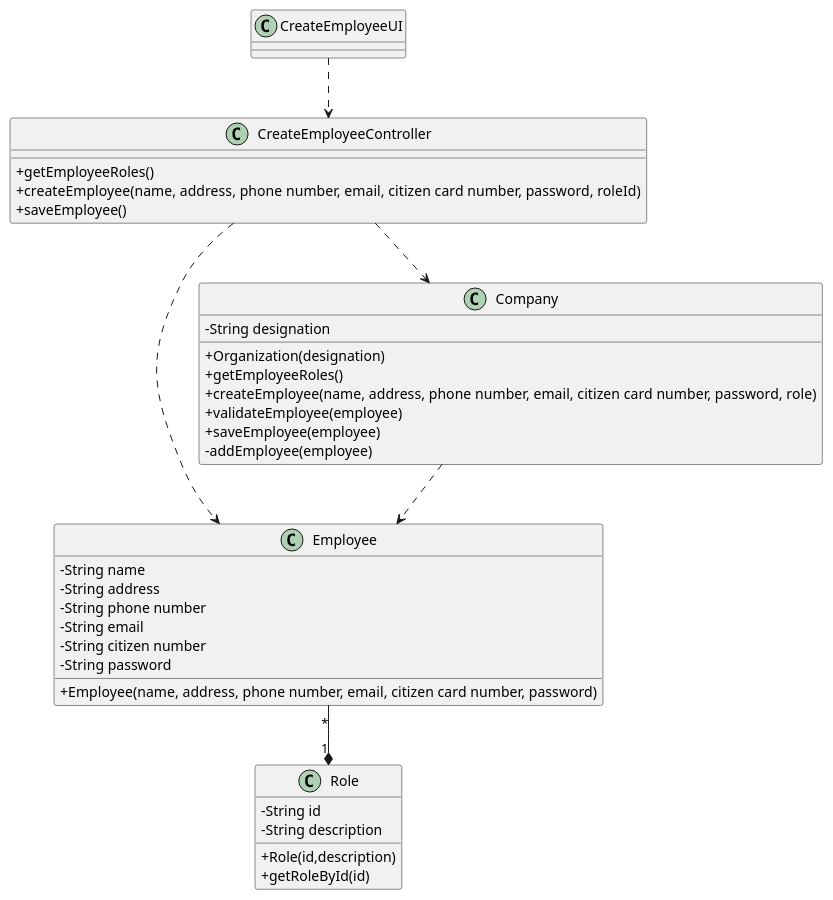
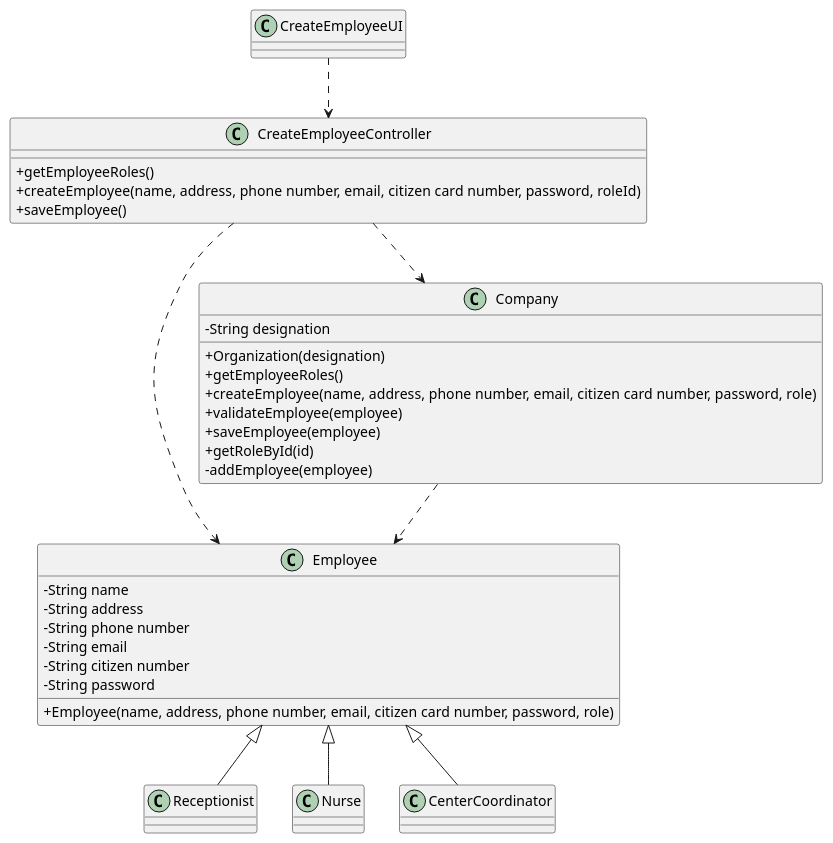
One commit to miseEnPlace-i/lapr2 changed the diagram in docs/SprintB/US10/CD/US10_CD.puml. Above: the diagram before and after it, drawn with PlantUML.

Commit message:
docs(us-10): updated cd: deleted role class

```diff
--- a/docs/SprintB/US10/CD/US10_CD.puml
+++ b/docs/SprintB/US10/CD/US10_CD.puml
@@ -1,46 +1,51 @@
 @startuml US10_CD
 skinparam classAttributeIconSize 0
 
 class Employee {
   -String name
   -String address
   -String phone number
   -String email
   -String citizen number
   -String password
-  +Employee(name, address, phone number, email, citizen card number, password)
+  +Employee(name, address, phone number, email, citizen card number, password, role)
 }
 
-class Role {
-  -String id
-  -String description
-  +Role(id,description)
-  +getRoleById(id)
+class Receptionist {  
+}
+
+class Nurse {
+}
+
+class CenterCoordinator {
 }
 
 class Company {
   -String designation
   +Organization(designation)
   +getEmployeeRoles()
   +createEmployee(name, address, phone number, email, citizen card number, password, role)
   +validateEmployee(employee)
   +saveEmployee(employee)
+  +getRoleById(id)
   -addEmployee(employee)
 }
 
 class CreateEmployeeController {
   +getEmployeeRoles()
   +createEmployee(name, address, phone number, email, citizen card number, password, roleId)
   +saveEmployee()
 }
 
 class CreateEmployeeUI {
 }
 
 CreateEmployeeUI ..> CreateEmployeeController
 CreateEmployeeController ..> Employee
 CreateEmployeeController ..> Company
 Company ..> Employee
-Employee "*" --* "1" Role
+Employee <|-- Receptionist
+Employee <|-- Nurse
+Employee <|-- CenterCoordinator
 
 @enduml
```
